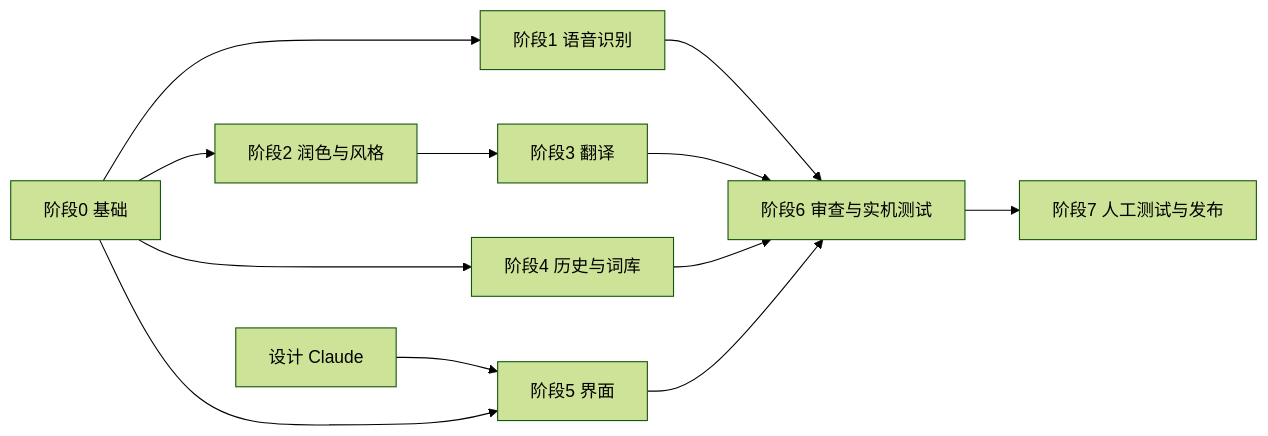
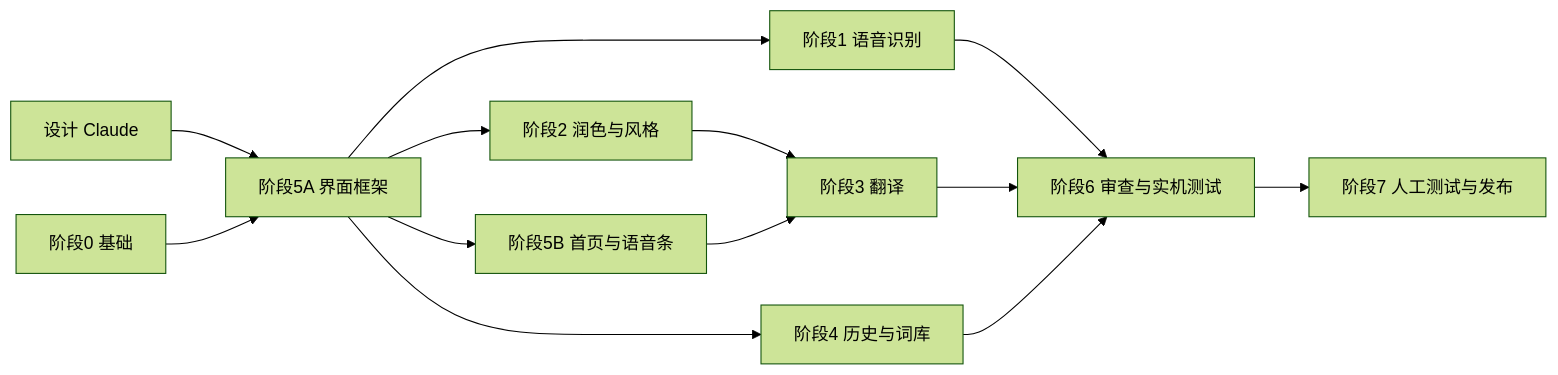
Before and after one commit to TypeWhisper/typewhisper-mac: the diagram in docs/ROADMAP.md, drawn with Mermaid (forest theme). The commit also changed other lines of this file, not shown here.

````diff
--- a/docs/ROADMAP.md
+++ b/docs/ROADMAP.md
@@ -22,14 +22,15 @@
 ```mermaid
 flowchart LR
-  P0[阶段0 基础] --> P1[阶段1 语音识别]
-  P0 --> P2[阶段2 润色与风格]
-  P0 --> P4[阶段4 历史与词库]
-  D[设计 Claude] --> P5[阶段5 界面]
-  P0 --> P5
+  D[设计 Claude] --> P5A
+  P0[阶段0 基础] --> P5A[阶段5A 界面框架]
+  P5A --> P1[阶段1 语音识别]
+  P5A --> P2[阶段2 润色与风格]
+  P5A --> P4[阶段4 历史与词库]
+  P5A --> P5B[阶段5B 首页与语音条]
   P2 --> P3[阶段3 翻译]
+  P5B --> P3
   P1 --> P6[阶段6 审查与实机测试]
   P3 --> P6
   P4 --> P6
-  P5 --> P6
   P6 --> P7[阶段7 人工测试与发布]
 ```
````
